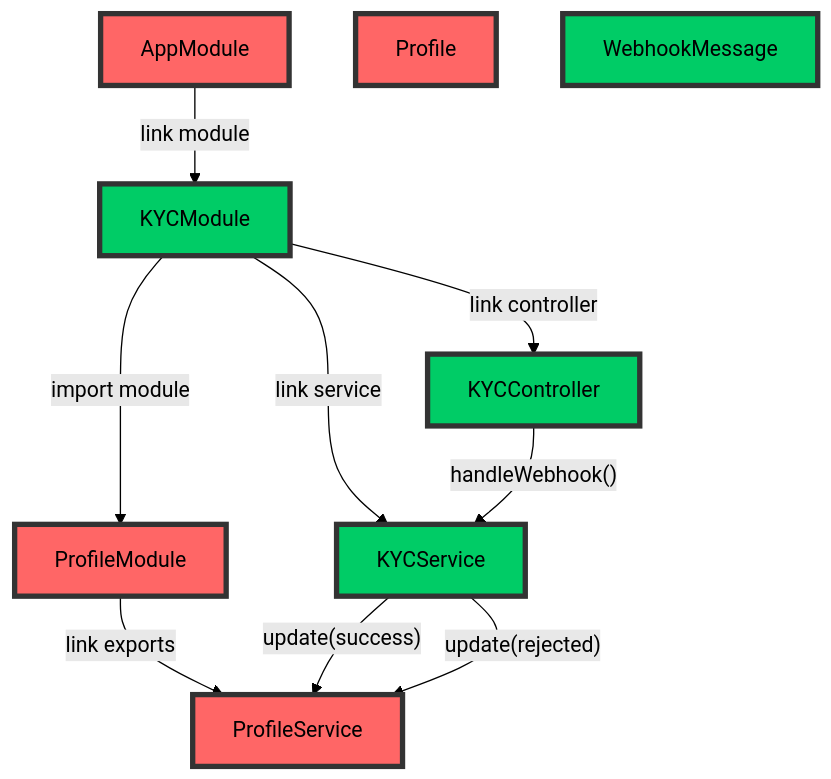
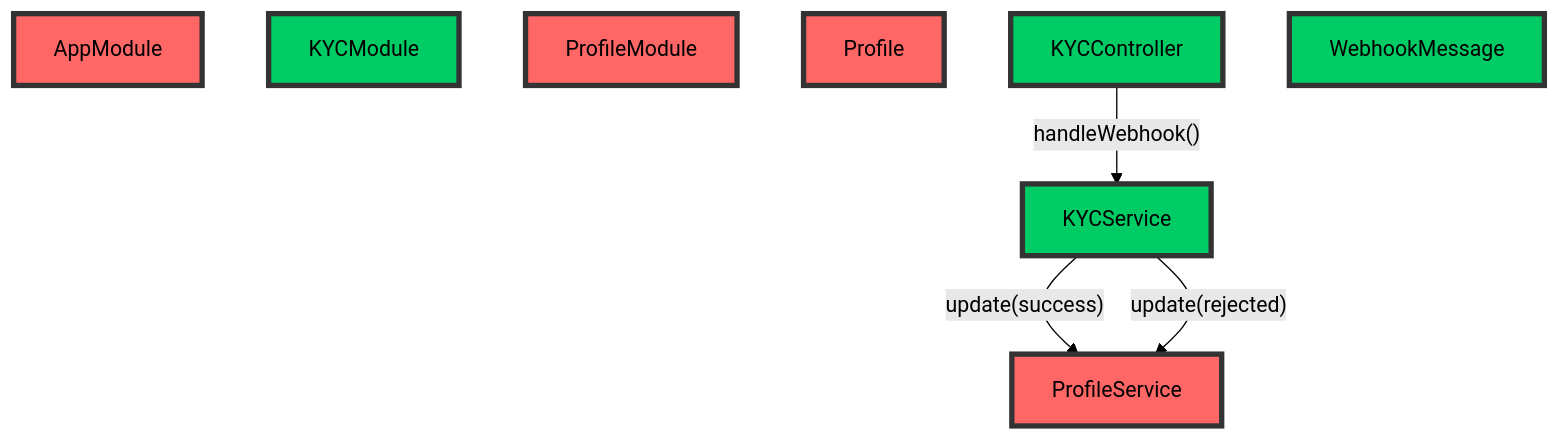
The third of 6 diagrams in README.md (boostercloud/kyc-example), drawn with Mermaid (forest theme) before and after one commit. The commit also changed other lines of this file, not shown here.

````diff
--- a/README.md
+++ b/README.md
@@ -169,17 +164,18 @@
 ```mermaid
 graph TD;
     classDef red fill:#ff6666,stroke:#333,stroke-width:4px;
     classDef green fill:#00cc66,stroke:#333,stroke-width:4px;
-    A[AppModule] -->|"link module"| I[KYCModule];
-    B[ProfileModule] -->|"link exports"| F[ProfileService];
+    A[AppModule];
+    I[KYCModule];
+    B[ProfileModule];
+    F[ProfileService];
     E[Profile];
-    I -->|"link controller"| G[KYCController];
-    I -->|"link service"| H[KYCService];
-    I -->|"import module"| B
+    G[KYCController];
+    H[KYCService];
     J[WebhookMessage];
     G -->|"handleWebhook()"| H;
     H -->|"update(success)"| F;
     H -->|"update(rejected)"| F;
     class A,B,F,E red;
     class G,H,I,J green;
 ```
````
